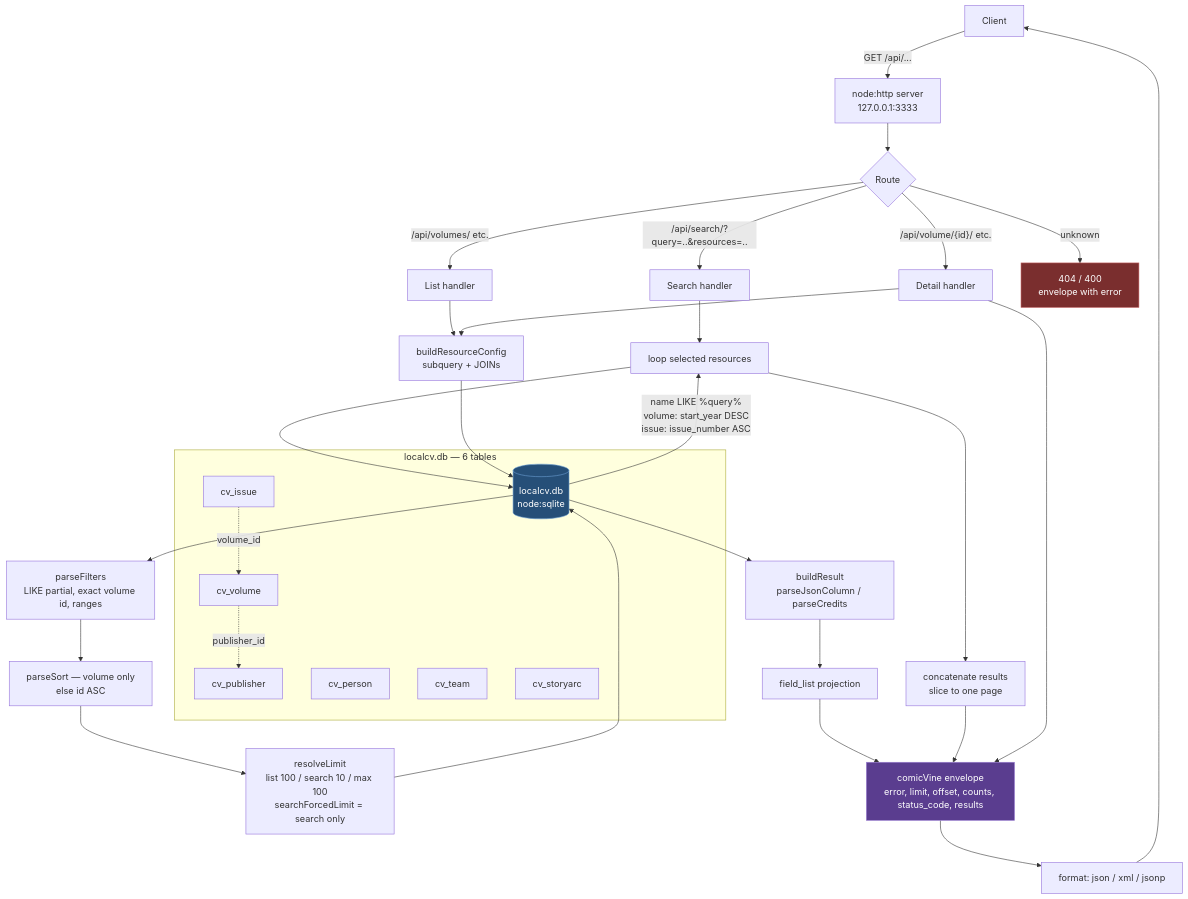
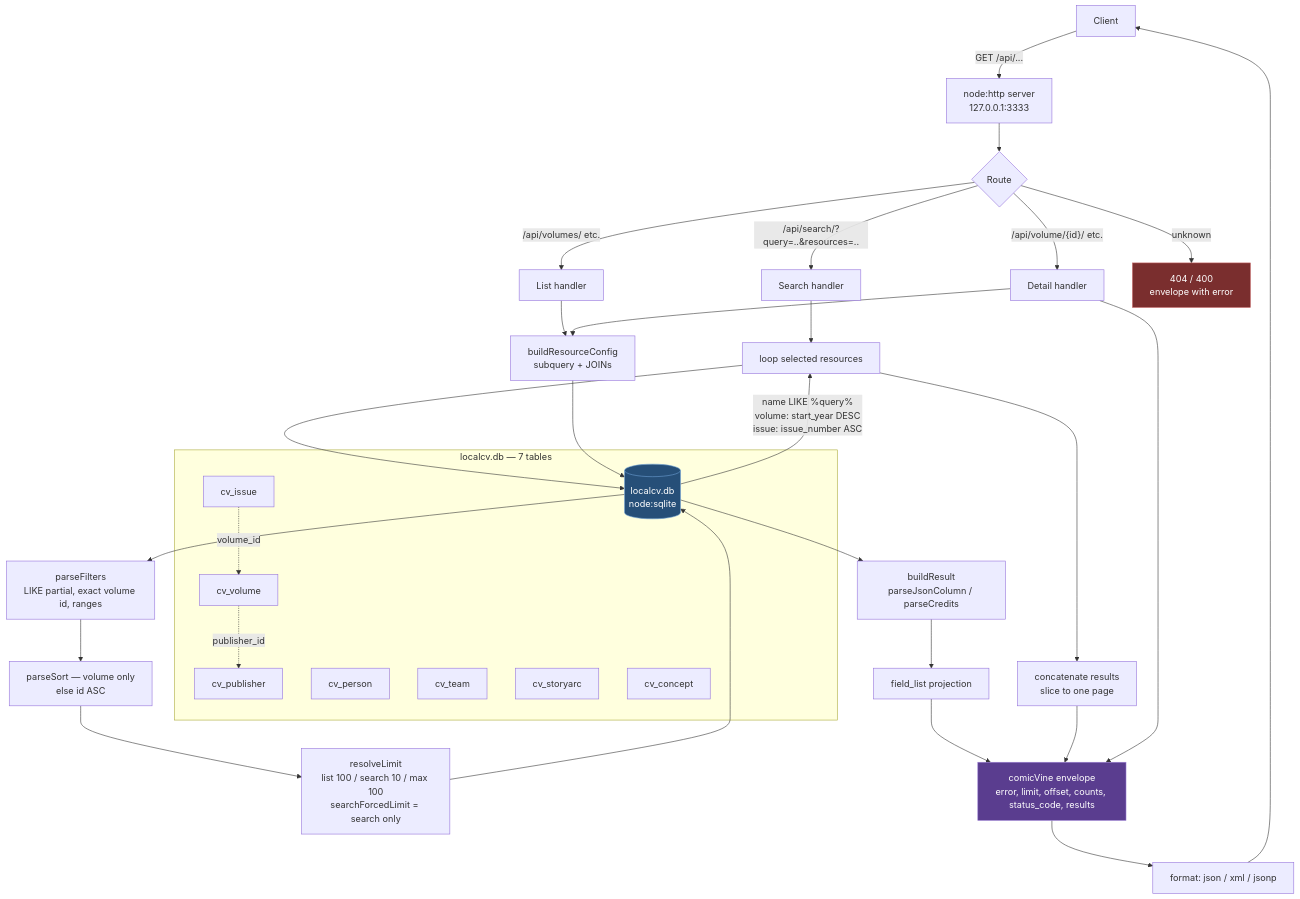
One commit to javabits-github/local-comicvine-api changed the first of 3 diagrams in docs/architecture.md. Above: the diagram before and after it, drawn with Mermaid. The commit also changed other lines of this file and 6 other files, not shown here.

````diff
--- a/docs/architecture.md
+++ b/docs/architecture.md
@@ -5,47 +5,48 @@
 ```mermaid
 flowchart TB
     C[Client] -->|GET /api/...| S[node:http server<br/>127.0.0.1:3333]
 
     S --> R{"Route"}
     R -->|/api/search/?query=..&resources=..| SE[Search handler]
     R -->|/api/volumes/ etc.| LE[List handler]
     R -->|"/api/volume/{id}/ etc."| DE["Detail handler"]
     R -->|unknown| NF[404 / 400<br/>envelope with error]
 
     SE --> LO[loop selected resources]
     LO --> Q[(localcv.db<br/>node:sqlite)]
     Q -->|name LIKE %query%<br/>volume: start_year DESC<br/>issue: issue_number ASC| LO
     LO --> CAT[concatenate results<br/>slice to one page]
 
     LE --> CFG[buildResourceConfig<br/>subquery + JOINs]
     DE --> CFG
     CFG --> Q
     Q --> F[parseFilters<br/>LIKE partial, exact volume id, ranges]
     F --> SO[parseSort — volume only<br/>else id ASC]
     SO --> L[resolveLimit<br/>list 100 / search 10 / max 100<br/>searchForcedLimit = search only]
     L --> Q
 
     Q --> B[buildResult<br/>parseJsonColumn / parseCredits]
     B --> FL[field_list projection]
     FL --> EN[comicVine envelope<br/>error, limit, offset, counts, status_code, results]
     CAT --> EN
     DE --> EN
     EN --> FM[format: json / xml / jsonp]
     FM --> C
 
-    subgraph DB [localcv.db — 6 tables]
+    subgraph DB [localcv.db — 7 tables]
         Q
         PUB[cv_publisher]
         VOL[cv_volume]
         ISS[cv_issue]
         PER[cv_person]
         TEAM[cv_team]
         ARC[cv_storyarc]
+        CON[cv_concept]
         VOL -. publisher_id .-> PUB
         ISS -. volume_id .-> VOL
     end
 
     style Q fill:#264f78,stroke:#6ea1d6,color:#fff
     style EN fill:#5a3d8f,stroke:#9b7fd4,color:#fff
     style NF fill:#7a2e2e,stroke:#c06060,color:#fff
 ```
````
